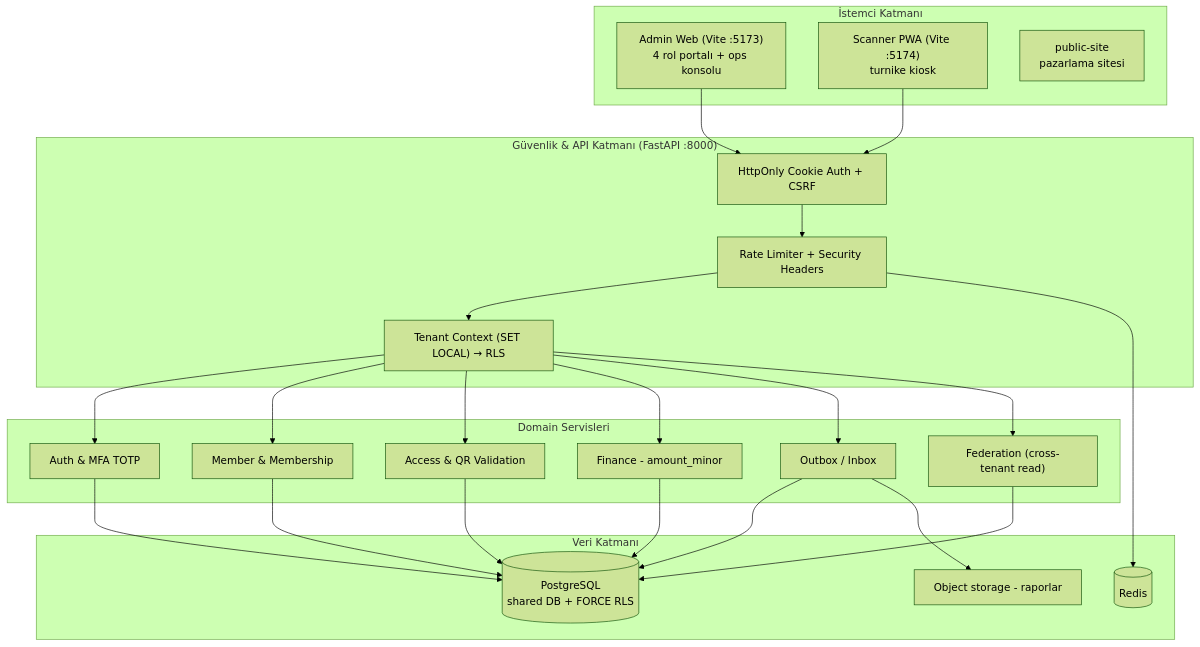
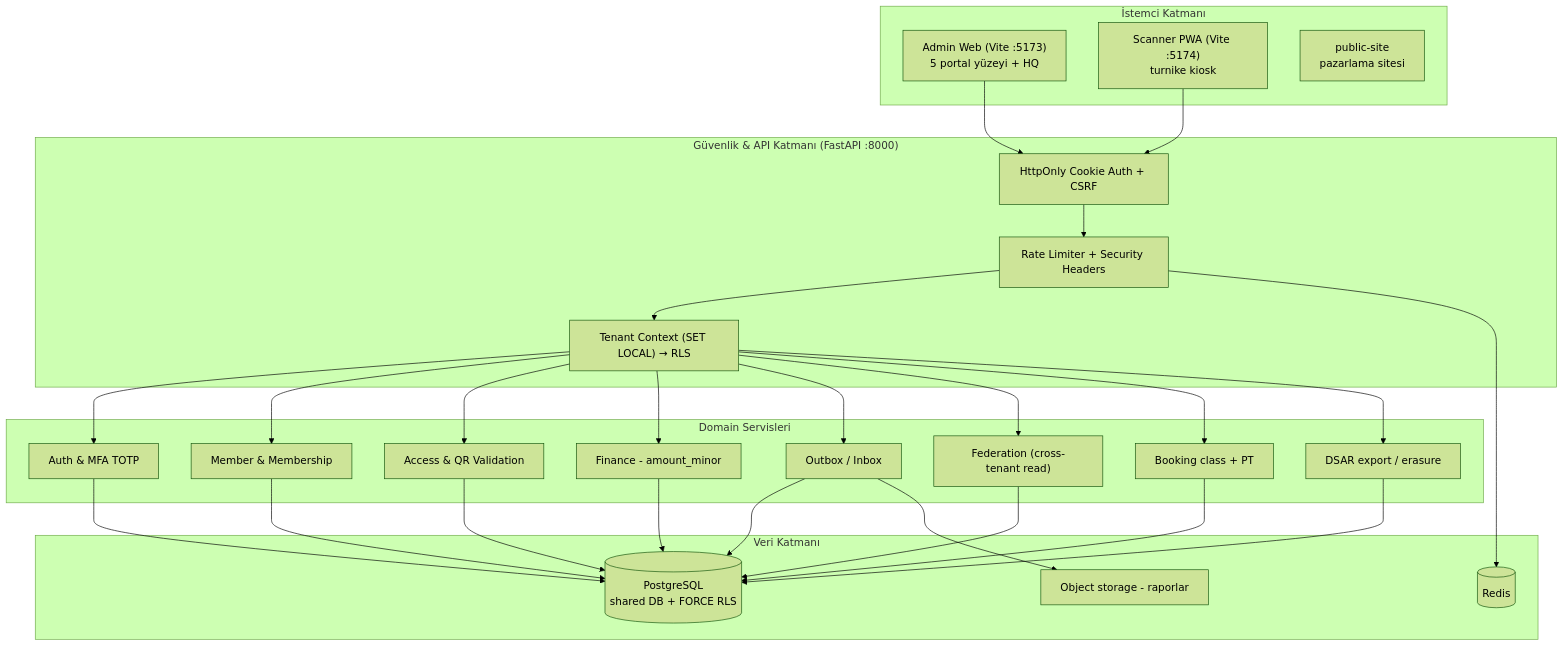
One commit to NexFabric/fitness-network-os changed the first of 5 diagrams in docs/ARCHITECTURE.md. Above: the diagram before and after it, drawn with Mermaid (forest theme). The commit also changed other lines of this file and 14 other files, not shown here.

````diff
--- a/docs/ARCHITECTURE.md
+++ b/docs/ARCHITECTURE.md
@@ -15,37 +19,39 @@
 ```mermaid
 graph TD
     subgraph Client_Layer ["İstemci Katmanı"]
-        A["Admin Web (Vite :5173)<br/>4 rol portalı + ops konsolu"]
+        A["Admin Web (Vite :5173)<br/>5 portal yüzeyi + HQ"]
         B["Scanner PWA (Vite :5174)<br/>turnike kiosk"]
         C["public-site<br/>pazarlama sitesi"]
     end
 
     subgraph Gateway ["Güvenlik & API Katmanı (FastAPI :8000)"]
         D[HttpOnly Cookie Auth + CSRF]
         E[Rate Limiter + Security Headers]
         F["Tenant Context (SET LOCAL) → RLS"]
     end
 
     subgraph Domain ["Domain Servisleri"]
         G[Auth & MFA TOTP]
         H[Member & Membership]
         I[Access & QR Validation]
         J[Finance - amount_minor]
         K[Outbox / Inbox]
         L["Federation (cross-tenant read)"]
+        P[Booking class + PT]
+        Q[DSAR export / erasure]
     end
 
     subgraph Data ["Veri Katmanı"]
         M[("PostgreSQL<br/>shared DB + FORCE RLS")]
         N[(Redis)]
         O[Object storage - raporlar]
     end
 
     A --> D
     B --> D
     D --> E --> F
-    F --> G & H & I & J & K & L
-    G & H & I & J & K & L --> M
+    F --> G & H & I & J & K & L & P & Q
+    G & H & I & J & K & L & P & Q --> M
     E --> N
     K --> O
 ```
````
